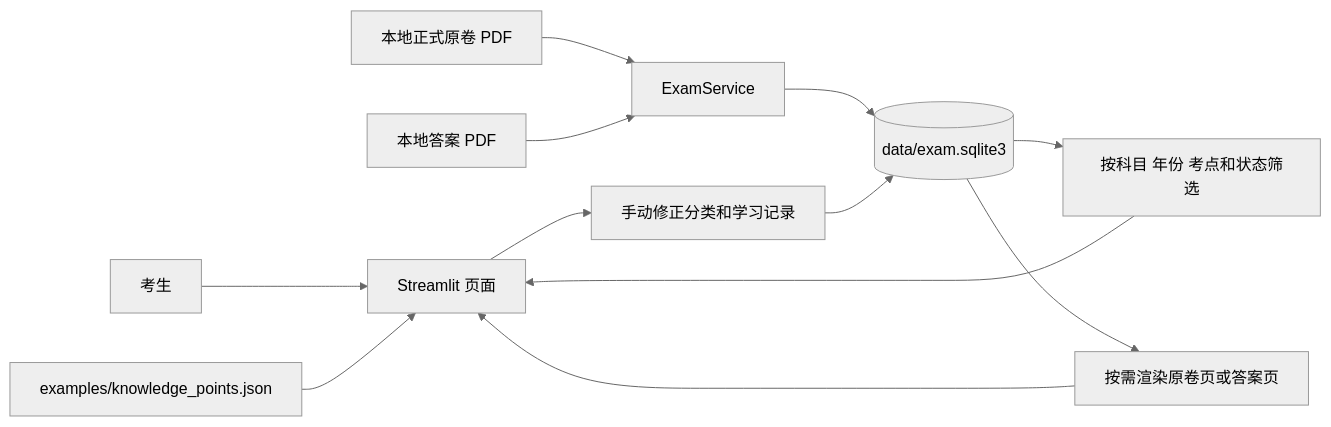
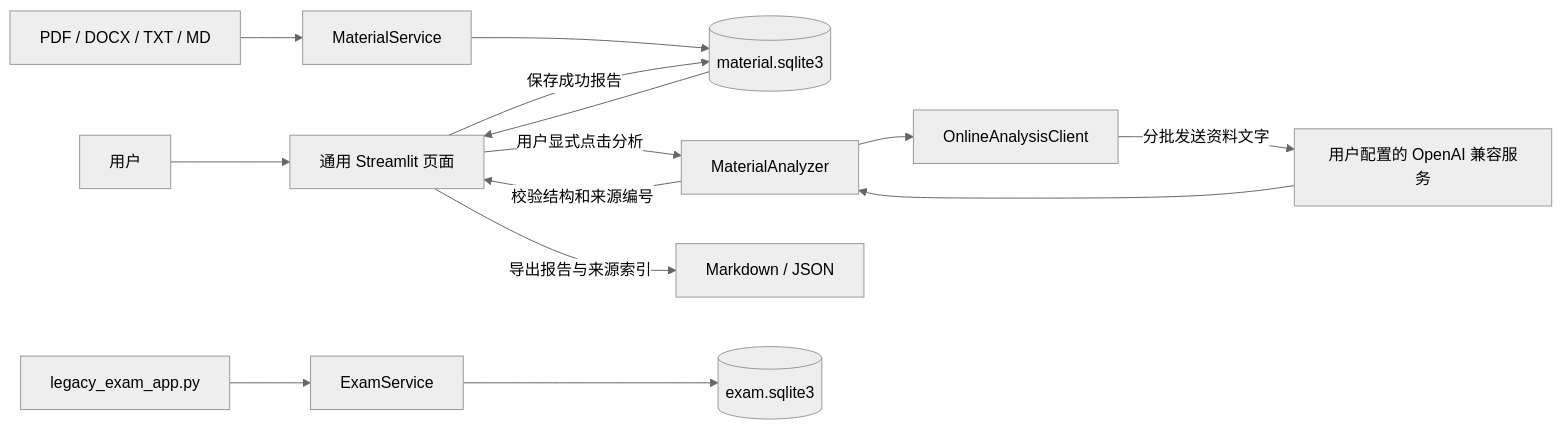
One commit to zlw0411-star/cs-study-assistant changed the diagram in docs/architecture.md. Above: the diagram before and after it, drawn with Mermaid (neutral theme). The commit also changed other lines of this file and 25 other files, not shown here.

Commit message:
Add native desktop material analysis assistant

````diff
--- a/docs/architecture.md
+++ b/docs/architecture.md
@@ -3,14 +3,16 @@
 ```mermaid
 flowchart LR
-    U[考生] --> UI[Streamlit 页面]
-    F[本地正式原卷 PDF] --> S[ExamService]
-    R[本地答案 PDF] --> S
-    S --> DB[(data/exam.sqlite3)]
-    K[examples/knowledge_points.json] --> UI
-    DB --> Q[按科目 年份 考点和状态筛选]
-    DB --> P[按需渲染原卷页或答案页]
-    Q --> UI
-    P --> UI
-    UI --> N[手动修正分类和学习记录]
-    N --> DB
+    U[用户] --> UI[通用 Streamlit 页面]
+    F[PDF / DOCX / TXT / MD] --> MS[MaterialService]
+    MS --> MDB[(material.sqlite3)]
+    MDB --> UI
+    UI -->|用户显式点击分析| A[MaterialAnalyzer]
+    A --> C[OnlineAnalysisClient]
+    C -->|分批发送资料文字| O[用户配置的 OpenAI 兼容服务]
+    O --> A
+    A -->|校验结构和来源编号| UI
+    UI -->|保存成功报告| MDB
+    UI -->|导出报告与来源索引| D[Markdown / JSON]
+    E[legacy_exam_app.py] --> EX[ExamService]
+    EX --> EDB[(exam.sqlite3)]
 ```
````
